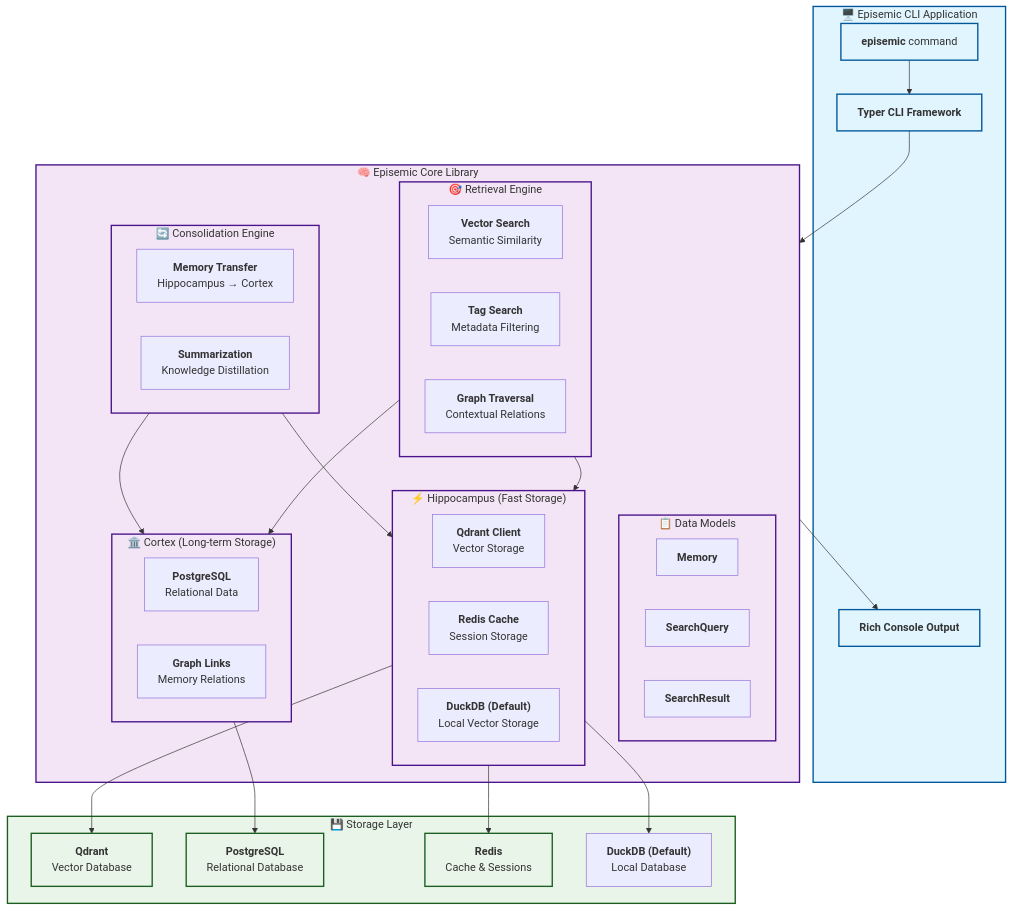
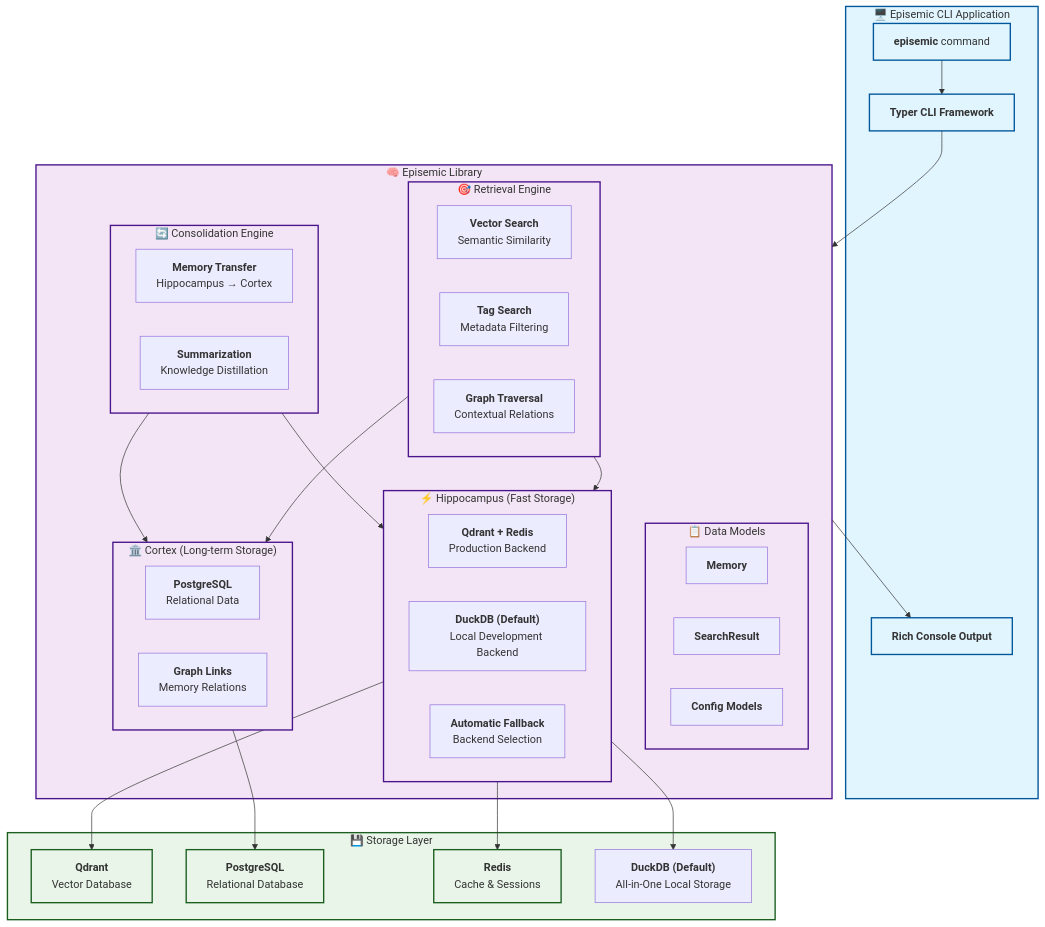
The second of 2 diagrams in CONTRIBUTING.md (episemic/episemic), drawn with Mermaid before and after one commit. The commit also changed other lines of this file, not shown here.

````diff
--- a/CONTRIBUTING.md
+++ b/CONTRIBUTING.md
@@ -193,82 +221,82 @@
 ```mermaid
 graph TB
     subgraph CLI["🖥️ Episemic CLI Application"]
         CMD["`**episemic** command`"]
         TYPER["`**Typer CLI Framework**`"]
         RICH["`**Rich Console Output**`"]
     end
 
-    subgraph Core["🧠 Episemic Core Library"]
+    subgraph Core["🧠 Episemic Library"]
         subgraph Models["📋 Data Models"]
             M1["`**Memory**`"]
-            M2["`**SearchQuery**`"]
-            M3["`**SearchResult**`"]
+            M2["`**SearchResult**`"]
+            M3["`**Config Models**`"]
         end
 
         subgraph Hippocampus["⚡ Hippocampus (Fast Storage)"]
-            H1["`**Qdrant Client**
-            Vector Storage`"]
-            H2["`**Redis Cache**
-            Session Storage`"]
-            H3["`**DuckDB (Default)**
-            Local Vector Storage`"]
+            H1["`**Qdrant + Redis**
+            Production Backend`"]
+            H2["`**DuckDB (Default)**
+            Local Development Backend`"]
+            H3["`**Automatic Fallback**
+            Backend Selection`"]
         end
 
         subgraph Cortex["🏛️ Cortex (Long-term Storage)"]
             C1["`**PostgreSQL**
             Relational Data`"]
             C2["`**Graph Links**
             Memory Relations`"]
         end
 
         subgraph Consolidation["🔄 Consolidation Engine"]
             CON1["`**Memory Transfer**
             Hippocampus → Cortex`"]
             CON2["`**Summarization**
             Knowledge Distillation`"]
         end
 
         subgraph Retrieval["🎯 Retrieval Engine"]
             R1["`**Vector Search**
             Semantic Similarity`"]
             R2["`**Tag Search**
             Metadata Filtering`"]
             R3["`**Graph Traversal**
             Contextual Relations`"]
         end
     end
 
     subgraph Storage["💾 Storage Layer"]
         QDRANT["`**Qdrant**
         Vector Database`"]
         POSTGRES["`**PostgreSQL**
         Relational Database`"]
         REDIS["`**Redis**
         Cache & Sessions`"]
         DUCKDB["`**DuckDB (Default)**
-        Local Database`"]
+        All-in-One Local Storage`"]
     end
 
     CMD --> TYPER
     TYPER --> Core
     Core --> RICH
 
     Hippocampus --> QDRANT
     Hippocampus --> REDIS
     Hippocampus --> DUCKDB
     Cortex --> POSTGRES
 
     Consolidation --> Hippocampus
     Consolidation --> Cortex
 
     Retrieval --> Hippocampus
     Retrieval --> Cortex
 
     classDef cli fill:#e1f5fe,stroke:#01579b,stroke-width:2px
     classDef core fill:#f3e5f5,stroke:#4a148c,stroke-width:2px
     classDef storage fill:#e8f5e8,stroke:#1b5e20,stroke-width:2px
 
     class CLI,CMD,TYPER,RICH cli
     class Core,Models,Hippocampus,Cortex,Consolidation,Retrieval core
     class Storage,QDRANT,POSTGRES,REDIS storage
 ```
````
